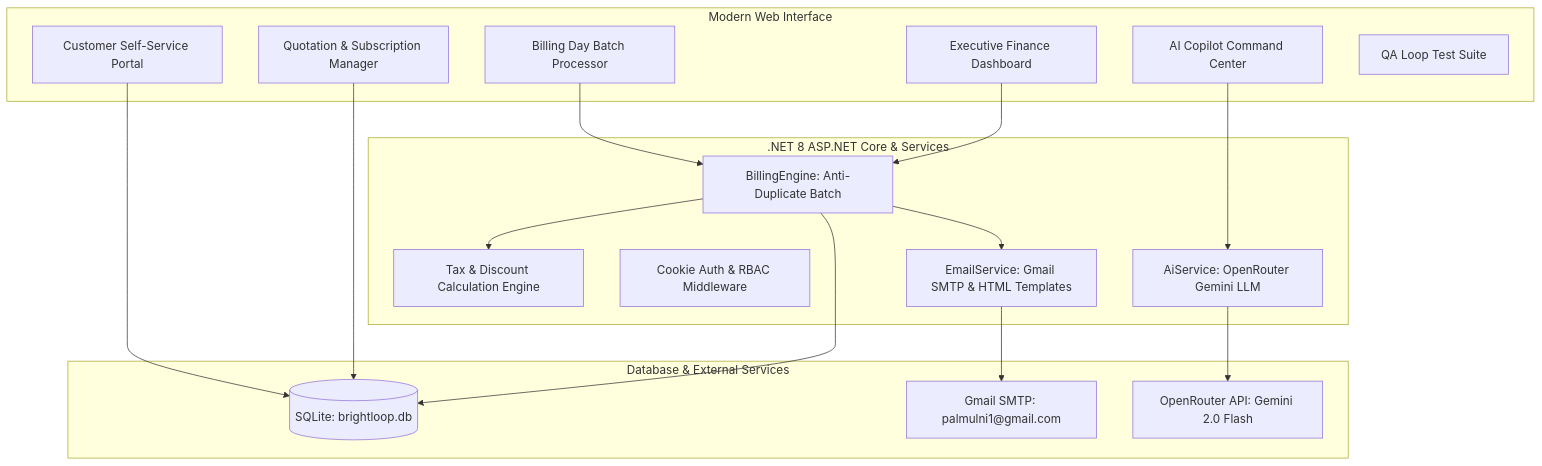
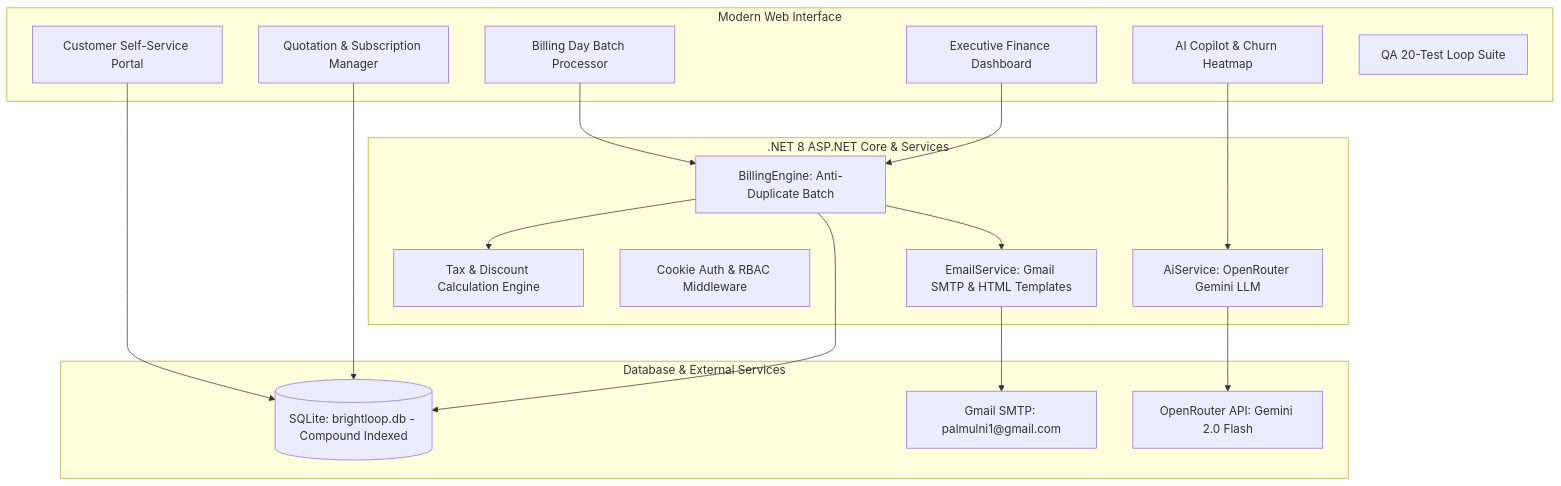
The diagram in README.md (palmulani/FLUX-IOI), drawn with Mermaid before and after one commit. The commit also changed other lines of this file and 1 other file, not shown here.

````diff
--- a/README.md
+++ b/README.md
@@ -57,36 +61,36 @@
 ```mermaid
 graph TD
     subgraph UI ["Modern Web Interface"]
         A[Executive Finance Dashboard]
         B[Quotation & Subscription Manager]
         C[Billing Day Batch Processor]
         D[Customer Self-Service Portal]
-        E[AI Copilot Command Center]
-        F[QA Loop Test Suite]
+        E[AI Copilot & Churn Heatmap]
+        F[QA 20-Test Loop Suite]
     end
 
     subgraph CoreEngine [".NET 8 ASP.NET Core & Services"]
         G[BillingEngine: Anti-Duplicate Batch]
         H[Tax & Discount Calculation Engine]
         I[Cookie Auth & RBAC Middleware]
         J[EmailService: Gmail SMTP & HTML Templates]
         K[AiService: OpenRouter Gemini LLM]
     end
 
     subgraph DataStore ["Database & External Services"]
-        L[(SQLite: brightloop.db)]
+        L[(SQLite: brightloop.db - Compound Indexed)]
         M[Gmail SMTP: palmulni1@gmail.com]
         N[OpenRouter API: Gemini 2.0 Flash]
     end
 
     A --> G
     C --> G
     G --> H
     G --> L
     G --> J
     J --> M
     E --> K
     K --> N
     B --> L
     D --> L
 ```
````
